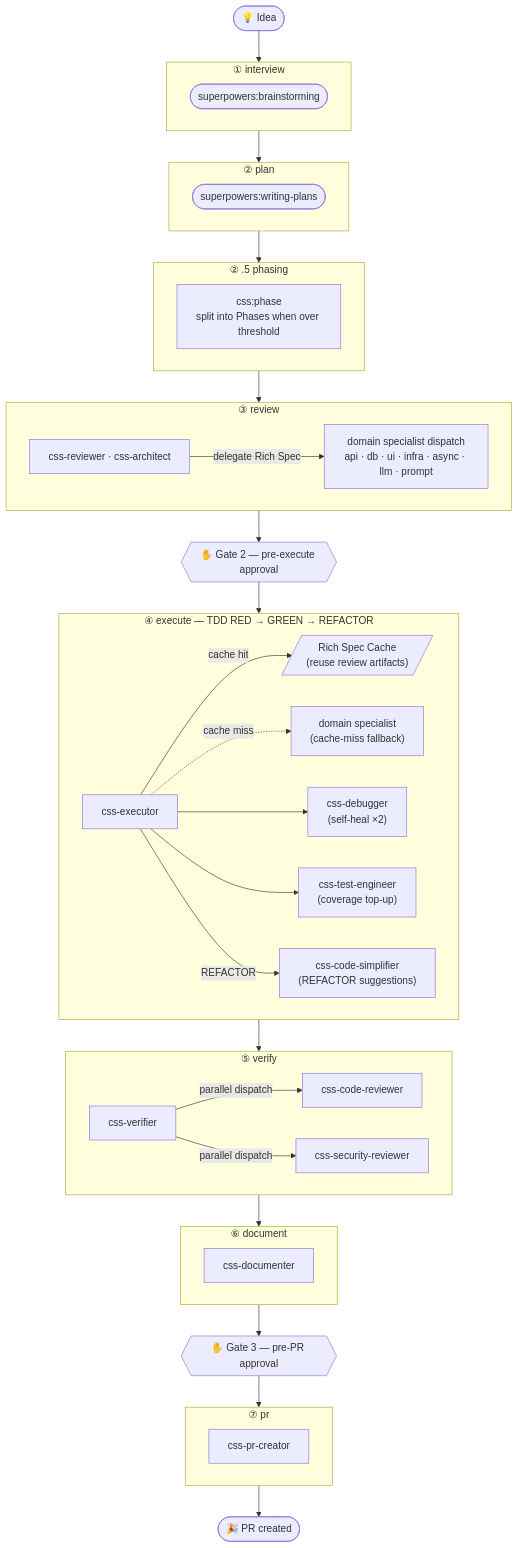
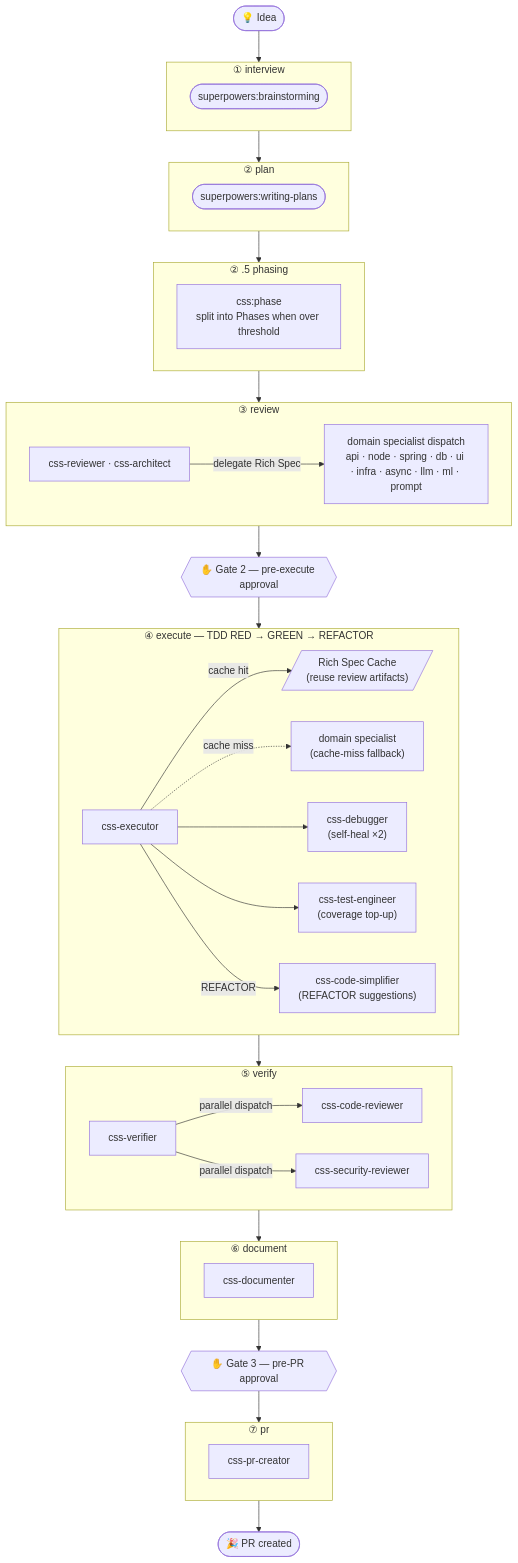
The diagram in README.en.md (songsub-cha/css-claude), drawn with Mermaid before and after one commit. The commit also changed other lines of this file and 1 other file, not shown here.

First line of the commit message:
docs(css): task 11 - README specialist tables -> 11 rows (21 agents)

````diff
--- a/README.en.md
+++ b/README.en.md
@@ -23,60 +23,60 @@
 ```mermaid
 flowchart TD
     START([💡 Idea])
 
     subgraph S1["① interview"]
         I1(["superpowers:brainstorming"])
     end
 
     subgraph S2["② plan"]
         P1(["superpowers:writing-plans"])
     end
 
     subgraph S25["② .5 phasing"]
         PH1["css:phase\nsplit into Phases when over threshold"]
     end
 
     subgraph S3["③ review"]
         R1["css-reviewer · css-architect"]
-        R2["domain specialist dispatch\napi · db · ui · infra · async · llm · prompt"]
+        R2["domain specialist dispatch\napi · node · spring · db · ui · infra · async · llm · ml · prompt"]
         R1 -->|delegate Rich Spec| R2
     end
 
     GATE2{{"✋ Gate 2 — pre-execute approval"}}
 
     subgraph S4["④ execute — TDD RED → GREEN → REFACTOR"]
         E1["css-executor"]
         E2[/"Rich Spec Cache\n(reuse review artifacts)"/]
         E3["domain specialist\n(cache-miss fallback)"]
         E4["css-debugger\n(self-heal ×2)"]
         E5["css-test-engineer\n(coverage top-up)"]
         E6["css-code-simplifier\n(REFACTOR suggestions)"]
         E1 -->|cache hit| E2
         E1 -.->|cache miss| E3
         E1 --> E4
         E1 --> E5
         E1 -->|REFACTOR| E6
     end
 
     subgraph S5["⑤ verify"]
         V1["css-verifier"]
         V2["css-code-reviewer"]
         V3["css-security-reviewer"]
         V1 -->|parallel dispatch| V2
         V1 -->|parallel dispatch| V3
     end
 
     subgraph S6["⑥ document"]
         D1["css-documenter"]
     end
 
     GATE3{{"✋ Gate 3 — pre-PR approval"}}
 
     subgraph S7["⑦ pr"]
         PR1["css-pr-creator"]
     end
 
     END([🎉 PR created])
 
     START --> S1 --> S2 --> S25 --> S3 --> GATE2 --> S4 --> S5 --> S6 --> GATE3 --> S7 --> END
 ```
````
